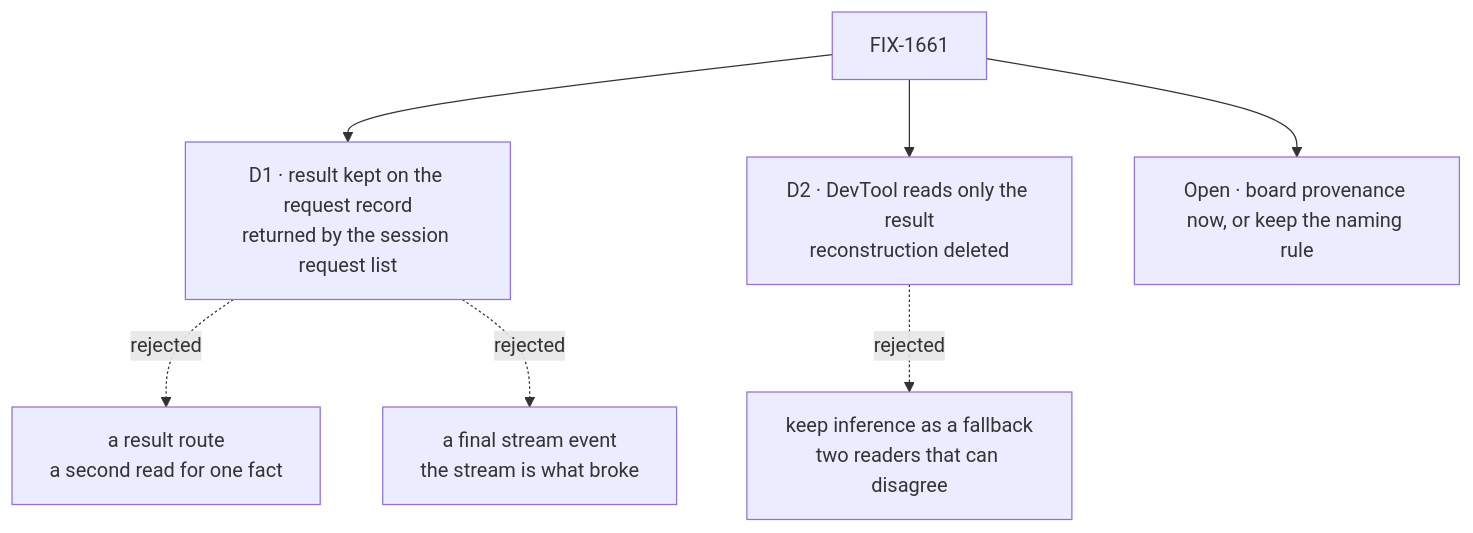
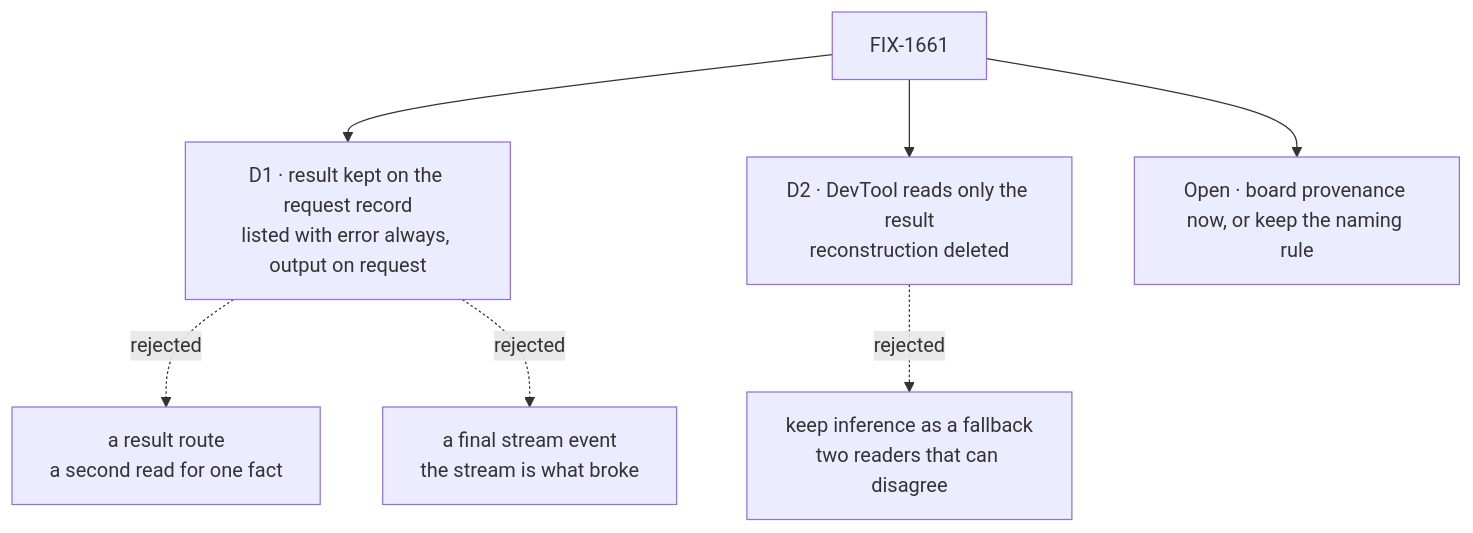
One commit to fixpoint-labs/flow-state-dev changed the diagram in specs/issues/FIX-1661/DECISIONS.md. Above: the diagram before and after it, drawn with Mermaid. The commit also changed other lines of this file and 6 other files, not shown here.

First line of the commit message:
FIX-1661 spec: list result.output only on include_result_output; fold review

````diff
--- a/specs/issues/FIX-1661/DECISIONS.md
+++ b/specs/issues/FIX-1661/DECISIONS.md
@@ -10,9 +10,9 @@
 ```mermaid
 flowchart TD
-  I["FIX-1661"] --> D1["D1 · result kept on the request record<br/>returned by the session request list"]
+  I["FIX-1661"] --> D1["D1 · result kept on the request record<br/>listed with error always, output on request"]
   D1 -.->|"rejected"| X1["a result route<br/>a second read for one fact"]
   D1 -.->|"rejected"| X2["a final stream event<br/>the stream is what broke"]
   I --> D2["D2 · DevTool reads only the result<br/>reconstruction deleted"]
   D2 -.->|"rejected"| X3["keep inference as a fallback<br/>two readers that can disagree"]
   I --> O1["Open · board provenance now, or keep the naming rule"]
 ```
````
